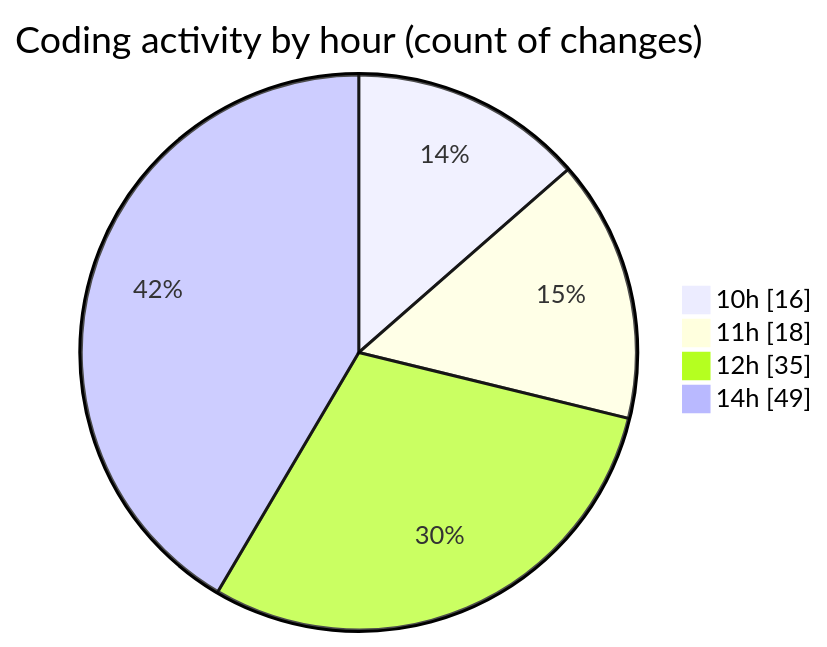
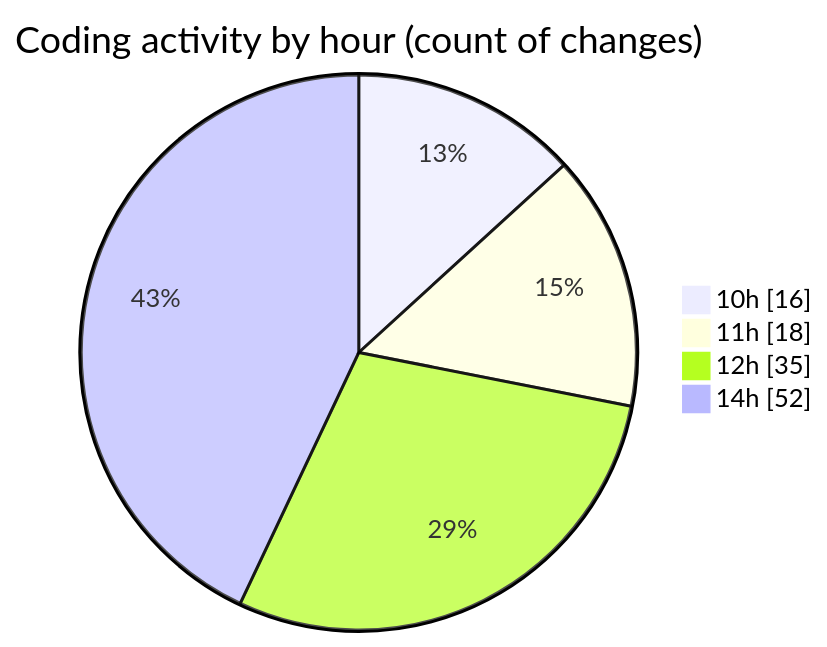
One commit to momahboobian/code-tracking changed the second of 2 diagrams in 2026-05-06/cda/README.md. Above: the diagram before and after it, drawn with Mermaid. The commit also changed other lines of this file and 1 other file, not shown here.

````diff
--- a/2026-05-06/cda/README.md
+++ b/2026-05-06/cda/README.md
@@ -93,8 +94,8 @@
 ```mermaid
 pie showData
 title Coding activity by hour (count of changes)
 "10h" : 16
 "11h" : 18
 "12h" : 35
-"14h" : 49
+"14h" : 52
 ```
````
